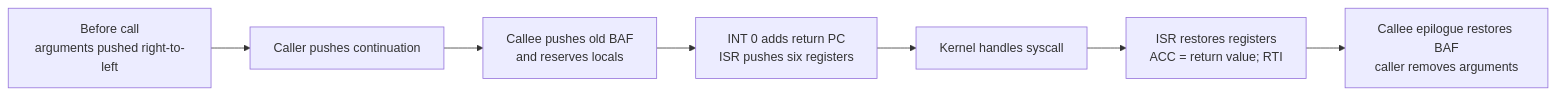
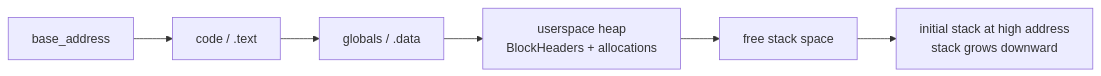
Before and after one commit to matthejue/Pico-OS: the sixth of 24 diagrams in README.md, drawn with Mermaid. The commit also changed other lines of this file and 19 other files, not shown here.

````diff
--- a/README.md
+++ b/README.md
@@ -1358,9 +1148,8 @@
 ```mermaid
 flowchart LR
-    A["Before call<br/>arguments pushed right-to-left"] --> B["Caller pushes continuation"]
-    B --> C["Callee pushes old BAF<br/>and reserves locals"]
-    C --> D["INT 0 adds return PC<br/>ISR pushes six registers"]
-    D --> E["Kernel handles syscall"]
-    E --> F["ISR restores registers<br/>ACC = return value; RTI"]
-    F --> G["Callee epilogue restores BAF<br/>caller removes arguments"]
+    B["base_address"] --> C["code / .text"]
+    C --> D["globals / .data"]
+    D --> H["userspace heap<br/>BlockHeaders + allocations"]
+    H --> F["free stack space"]
+    F --> S["initial stack at high address<br/>stack grows downward"]
 ```
````
